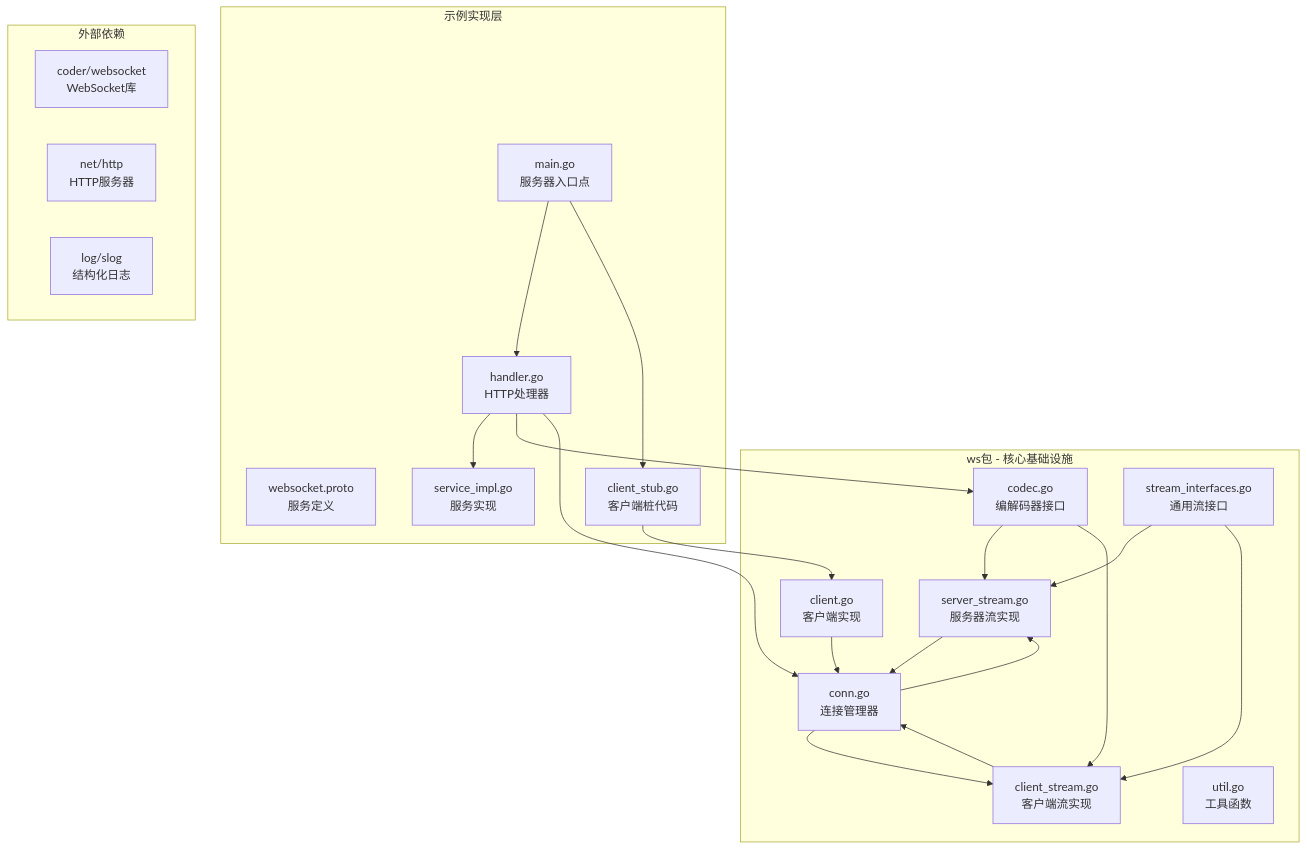
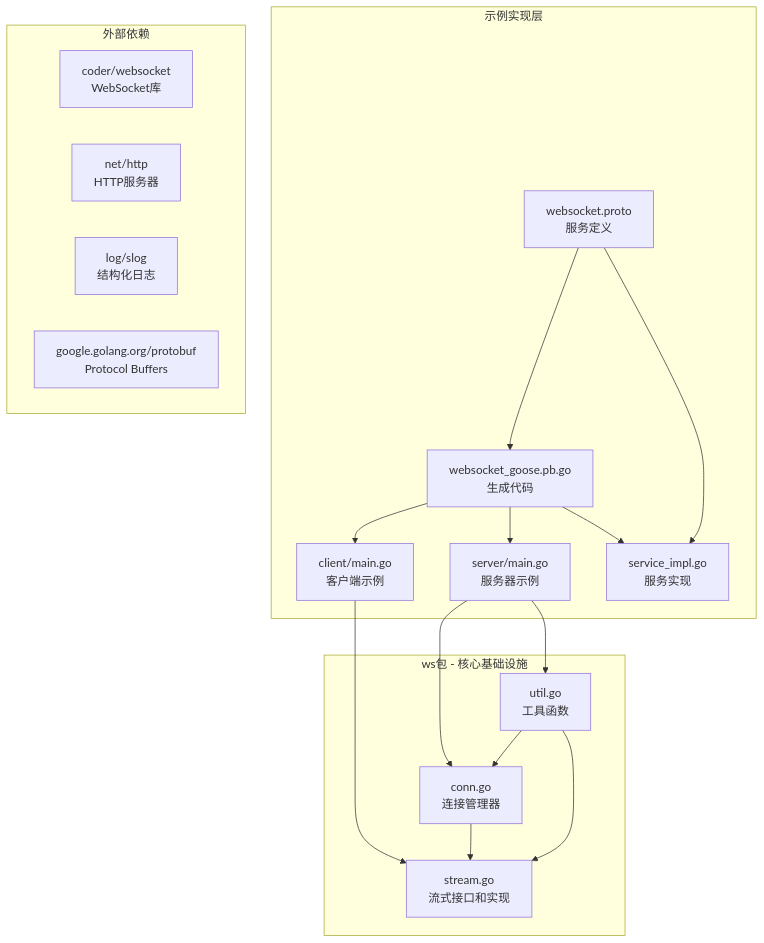
Before and after one commit to soyacen/goose: the first of 15 diagrams in .agents/repowiki/zh/content/示例和最佳实践/WebSocket流式系统.md, drawn with Mermaid. The commit also changed other lines of this file and 4 other files, not shown here.

````diff
--- a/.agents/repowiki/zh/content/示例和最佳实践/WebSocket流式系统.md
+++ b/.agents/repowiki/zh/content/示例和最佳实践/WebSocket流式系统.md
@@ -51,39 +46,32 @@
 ```mermaid
 graph TB
 subgraph "ws包 - 核心基础设施"
-Codec[codec.go<br/>编解码器接口]
 Conn[conn.go<br/>连接管理器]
-ClientStream[client_stream.go<br/>客户端流实现]
-ServerStream[server_stream.go<br/>服务器流实现]
-Interfaces[stream_interfaces.go<br/>通用流接口]
-Client[client.go<br/>客户端实现]
+Stream[stream.go<br/>流式接口和实现]
 Util[util.go<br/>工具函数]
 end
 subgraph "示例实现层"
 Proto[websocket.proto<br/>服务定义]
 ServiceImpl[service_impl.go<br/>服务实现]
-Handler[handler.go<br/>HTTP处理器]
-ClientStub[client_stub.go<br/>客户端桩代码]
-Main[main.go<br/>服务器入口点]
+ClientMain[client/main.go<br/>客户端示例]
+ServerMain[server/main.go<br/>服务器示例]
+Generated[websocket_goose.pb.go<br/>生成代码]
 end
 subgraph "外部依赖"
 WS[coder/websocket<br/>WebSocket库]
 HTTP[net/http<br/>HTTP服务器]
 SLog[log/slog<br/>结构化日志]
+Protobuf[google.golang.org/protobuf<br/>Protocol Buffers]
 end
-Codec --> ServerStream
-Codec --> ClientStream
-Conn --> ServerStream
-Conn --> ClientStream
-Interfaces --> ServerStream
-Interfaces --> ClientStream
-Handler --> ServiceImpl
-Handler --> Codec
-Handler --> Conn
-ClientStub --> Client
-Client --> Conn
-ServerStream --> Conn
-ClientStream --> Conn
-Main --> Handler
-Main --> ClientStub
+Conn --> Stream
+Util --> Conn
+Util --> Stream
+Proto --> Generated
+Proto --> ServiceImpl
+Generated --> ClientMain
+Generated --> ServerMain
+Generated --> ServiceImpl
+ClientMain --> Stream
+ServerMain --> Conn
+ServerMain --> Util
 ```
````
